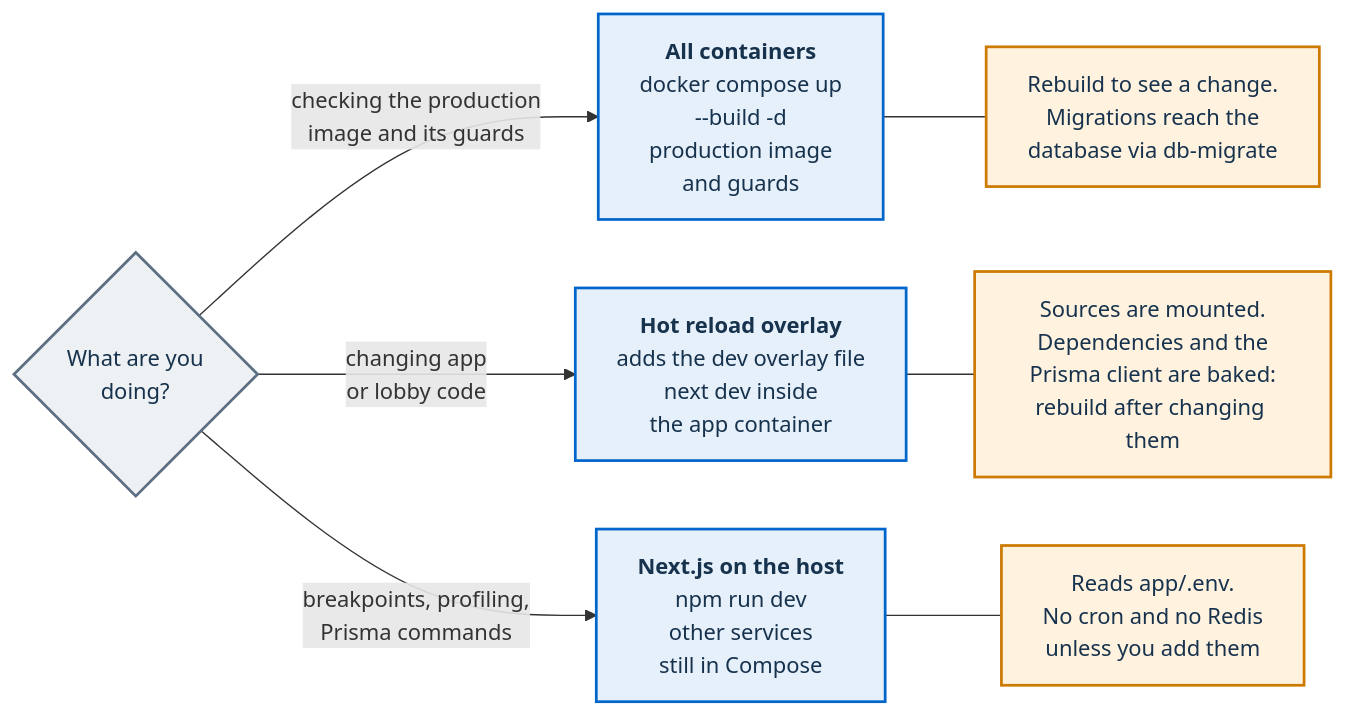
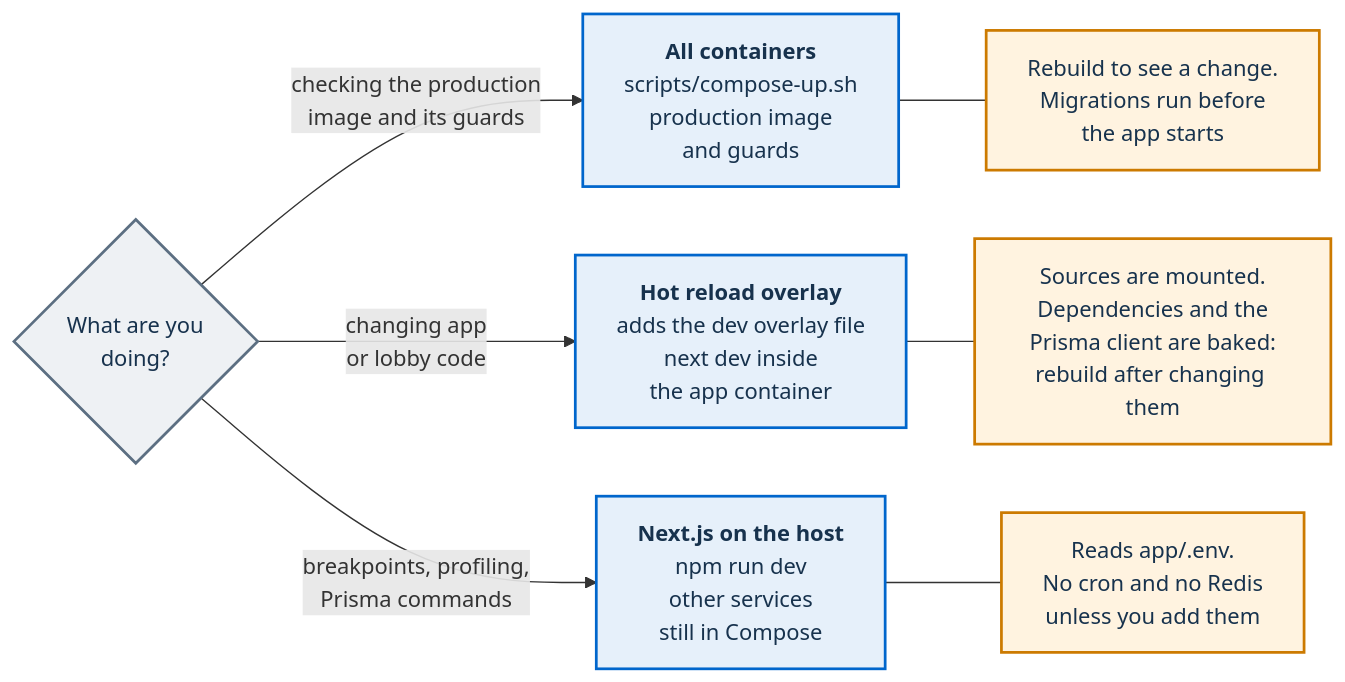
The third of 3 diagrams in docs/DEVELOPMENT.md (italia/pa-webinar), drawn with Mermaid before and after one commit. The commit also changed other lines of this file and 17 other files, not shown here.

````diff
--- a/docs/DEVELOPMENT.md
+++ b/docs/DEVELOPMENT.md
@@ -237,23 +247,23 @@
 ```mermaid
 flowchart LR
   Q{"What are you<br/>doing?"}:::ask
 
-  A["<b>All containers</b><br/>docker compose up<br/>--build -d<br/>production image<br/>and guards"]:::mode
+  A["<b>All containers</b><br/>scripts/compose-up.sh<br/>production image<br/>and guards"]:::mode
   B["<b>Hot reload overlay</b><br/>adds the dev overlay file<br/>next dev inside<br/>the app container"]:::mode
   C["<b>Next.js on the host</b><br/>npm run dev<br/>other services<br/>still in Compose"]:::mode
 
-  A2["Rebuild to see a change.<br/>Migrations reach the<br/>database via db-migrate"]:::note
+  A2["Rebuild to see a change.<br/>Migrations run before<br/>the app starts"]:::note
   B2["Sources are mounted.<br/>Dependencies and the<br/>Prisma client are baked:<br/>rebuild after changing them"]:::note
   C2["Reads app/.env.<br/>No cron and no Redis<br/>unless you add them"]:::note
 
   Q -->|"checking the production<br/>image and its guards"| A
   Q -->|"changing app<br/>or lobby code"| B
   Q -->|"breakpoints, profiling,<br/>Prisma commands"| C
   A --- A2
   B --- B2
   C --- C2
 
   classDef ask fill:#EEF1F4,stroke:#5C6F82,stroke-width:2px,color:#17324D
   classDef mode fill:#E6F0FA,stroke:#0066CC,stroke-width:2px,color:#17324D
   classDef note fill:#FFF3E0,stroke:#CC7A00,stroke-width:2px,color:#17324D
 ```
````
